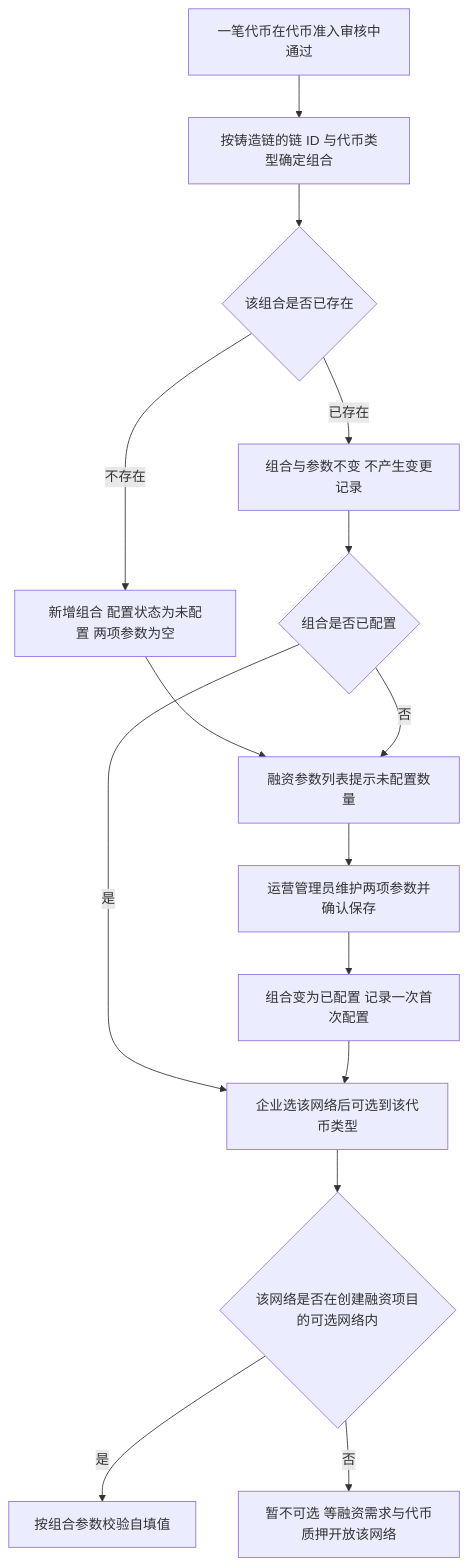
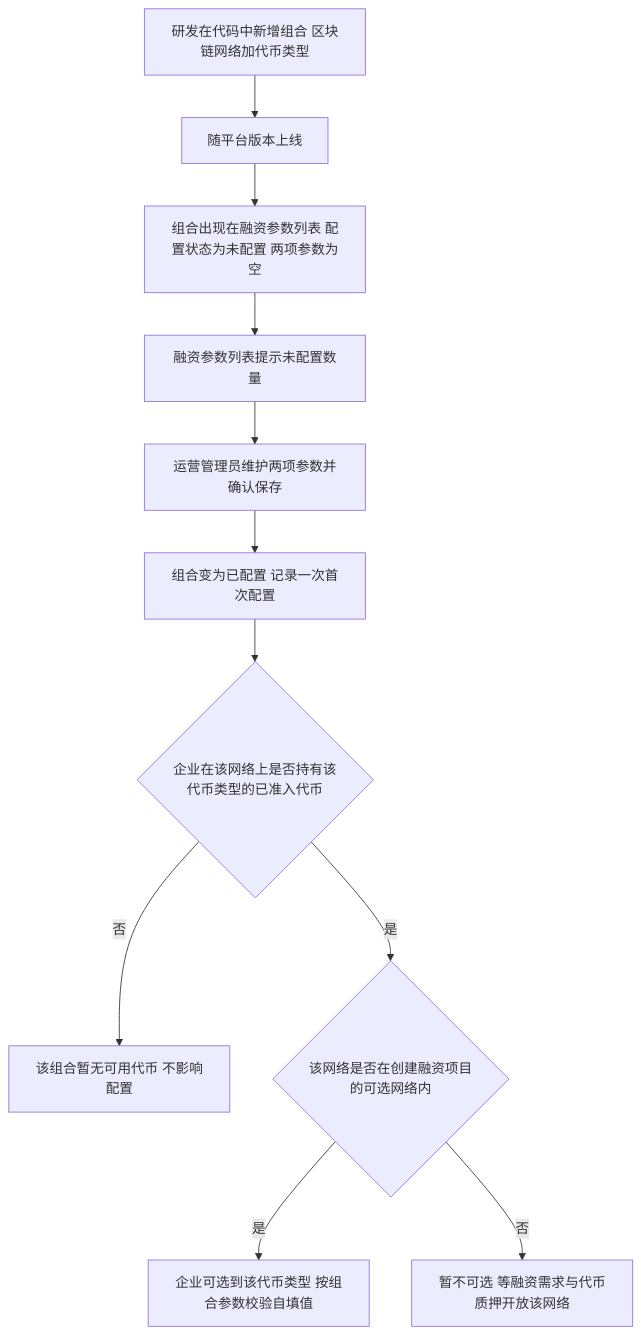
One commit to wxblockchain/Chain-Financing changed the first of 5 diagrams in lending-platform/PRD/运营端/02-运营端融资参数配置/02-运营端融资参数配置-流程图与状态机.md. Above: the diagram before and after it, drawn with Mermaid. The commit also changed other lines of this file and 4 other files, not shown here.

````diff
--- a/lending-platform/PRD/运营端/02-运营端融资参数配置/02-运营端融资参数配置-流程图与状态机.md
+++ b/lending-platform/PRD/运营端/02-运营端融资参数配置/02-运营端融资参数配置-流程图与状态机.md
@@ -18,17 +18,13 @@
 ```mermaid
 flowchart TD
-    A[一笔代币在代币准入审核中通过] --> B[按铸造链的链 ID 与代币类型确定组合]
-    B --> C{该组合是否已存在}
-    C -->|已存在| D[组合与参数不变 不产生变更记录]
-    C -->|不存在| E[新增组合 配置状态为未配置 两项参数为空]
-    E --> F[融资参数列表提示未配置数量]
-    F --> G[运营管理员维护两项参数并确认保存]
-    G --> H[组合变为已配置 记录一次首次配置]
-    D --> I{组合是否已配置}
-    I -->|否| F
-    I -->|是| J[企业选该网络后可选到该代币类型]
-    H --> J
-    J --> K{该网络是否在创建融资项目的可选网络内}
-    K -->|是| L[按组合参数校验自填值]
-    K -->|否| M[暂不可选 等融资需求与代币质押开放该网络]
+    A[研发在代码中新增组合 区块链网络加代币类型] --> B[随平台版本上线]
+    B --> C[组合出现在融资参数列表 配置状态为未配置 两项参数为空]
+    C --> D[融资参数列表提示未配置数量]
+    D --> E[运营管理员维护两项参数并确认保存]
+    E --> F[组合变为已配置 记录一次首次配置]
+    F --> G{企业在该网络上是否持有该代币类型的已准入代币}
+    G -->|否| H[该组合暂无可用代币 不影响配置]
+    G -->|是| I{该网络是否在创建融资项目的可选网络内}
+    I -->|是| J[企业可选到该代币类型 按组合参数校验自填值]
+    I -->|否| K[暂不可选 等融资需求与代币质押开放该网络]
 ```
````
